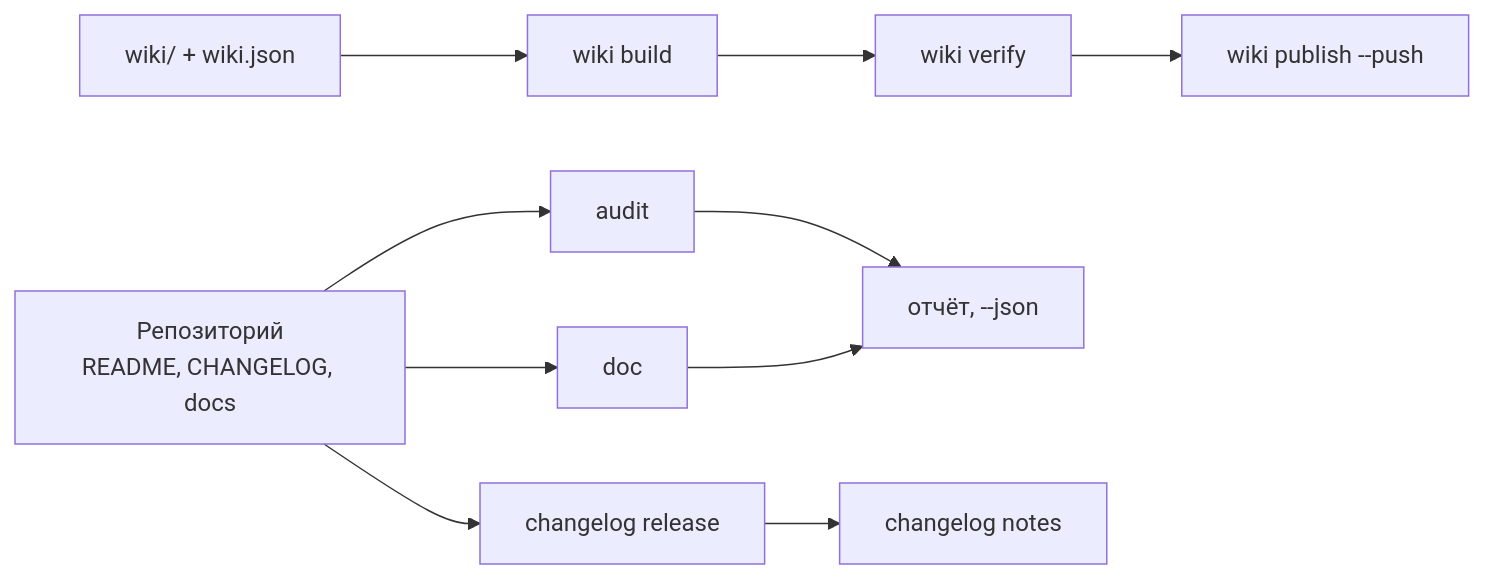
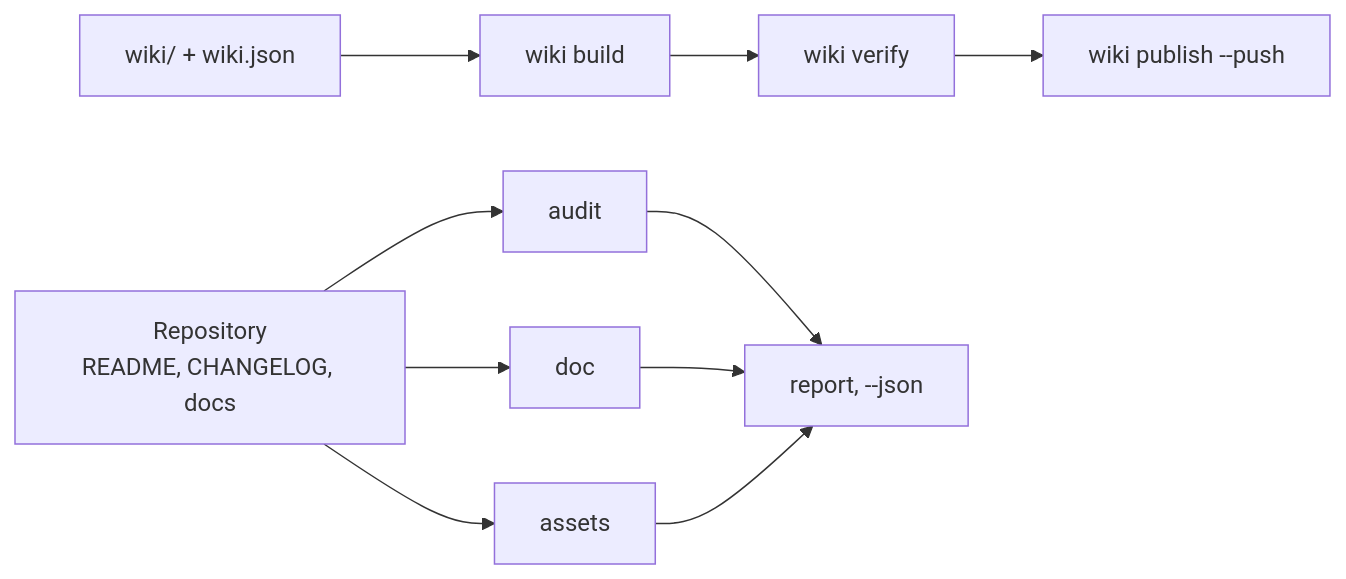
One commit to paulmann/github-agent changed the diagram in README.md. Above: the diagram before and after it, drawn with Mermaid. The commit also changed other lines of this file and 69 other files, not shown here.

````diff
--- a/README.md
+++ b/README.md
@@ -182,12 +235,12 @@
 ```mermaid
 flowchart LR
-  R["Репозиторий<br/>README, CHANGELOG, docs"] --> A["audit"]
+  R["Repository<br/>README, CHANGELOG, docs"] --> A["audit"]
   R --> D["doc"]
+  R --> I["assets"]
   W["wiki/ + wiki.json"] --> B["wiki build"]
   B --> V["wiki verify"]
   V --> P["wiki publish --push"]
-  A --> O["отчёт, --json"]
+  A --> O["report, --json"]
   D --> O
-  R --> C["changelog release"]
-  C --> N["changelog notes"]
+  I --> O
 ```
````
